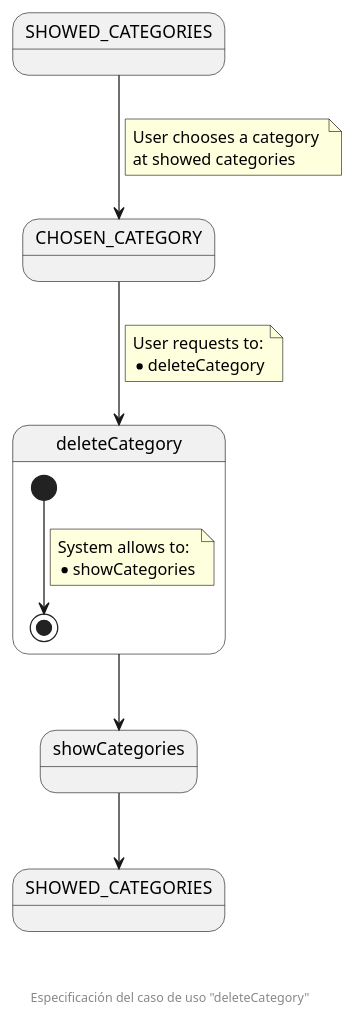
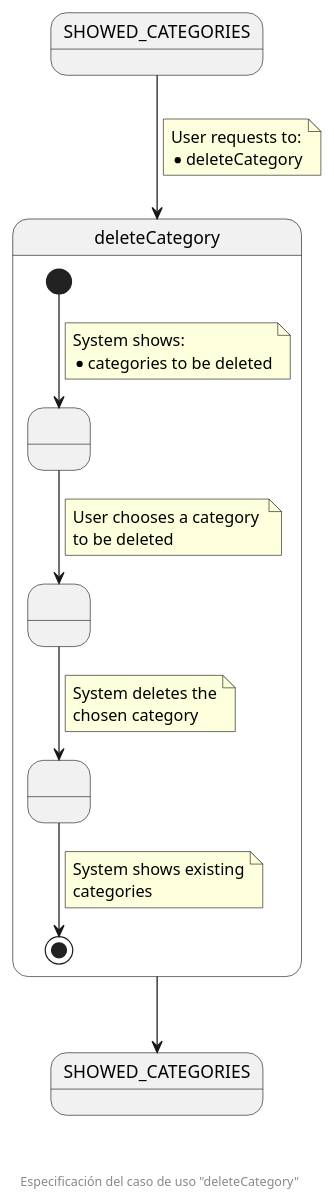
One commit to zuldare/mastercloud_pfm_halterocms changed the diagram in documentation/diagrams/1_requirements/3_useCasesSpecification/organizationSecretary/02_deleteCategory.puml. Above: the diagram before and after it, drawn with PlantUML.

Commit message:
Improve deleteCategory use case specification

```diff
--- a/documentation/diagrams/1_requirements/3_useCasesSpecification/organizationSecretary/02_deleteCategory.puml
+++ b/documentation/diagrams/1_requirements/3_useCasesSpecification/organizationSecretary/02_deleteCategory.puml
@@ -1,32 +1,45 @@
 @startuml
 state SHOWED_CATEGORIES
-state CHOSEN_CATEGORY
 
 state deleteCategory {
-  [*] --> [*]
+  state " " as SHOWED_CATEGORIES_TO_BE_DELETED
+  state " " as CHOSEN_CATEGORY
+  state " " as CATEGORY_DELETED
+
+  [*] --> SHOWED_CATEGORIES_TO_BE_DELETED
   note on link
-    System allows to:
-    * showCategories
+    System shows:
+    * categories to be deleted
+  end note
+  
+  SHOWED_CATEGORIES_TO_BE_DELETED --> CHOSEN_CATEGORY
+  note on link
+    User chooses a category 
+    to be deleted
+  end note
+
+  CHOSEN_CATEGORY --> CATEGORY_DELETED
+  note on link
+    System deletes the
+    chosen category
+  end note
+
+  CATEGORY_DELETED --> [*]
+  note on link
+    System shows existing
+    categories
   end note
 }
 
-state showCategories
 state "SHOWED_CATEGORIES" as SHOWED_CATEGORIES_F
 
-SHOWED_CATEGORIES --> CHOSEN_CATEGORY
-note on link
-  User chooses a category 
-  at showed categories
-end note
-
-CHOSEN_CATEGORY --> deleteCategory
+SHOWED_CATEGORIES --> deleteCategory
 note on link
   User requests to:
   * deleteCategory
 end note
 
-deleteCategory --> showCategories
-showCategories --> SHOWED_CATEGORIES_F
+deleteCategory --> SHOWED_CATEGORIES_F
 
 footer \n\n\n Especificación del caso de uso "deleteCategory"
 @enduml
```
